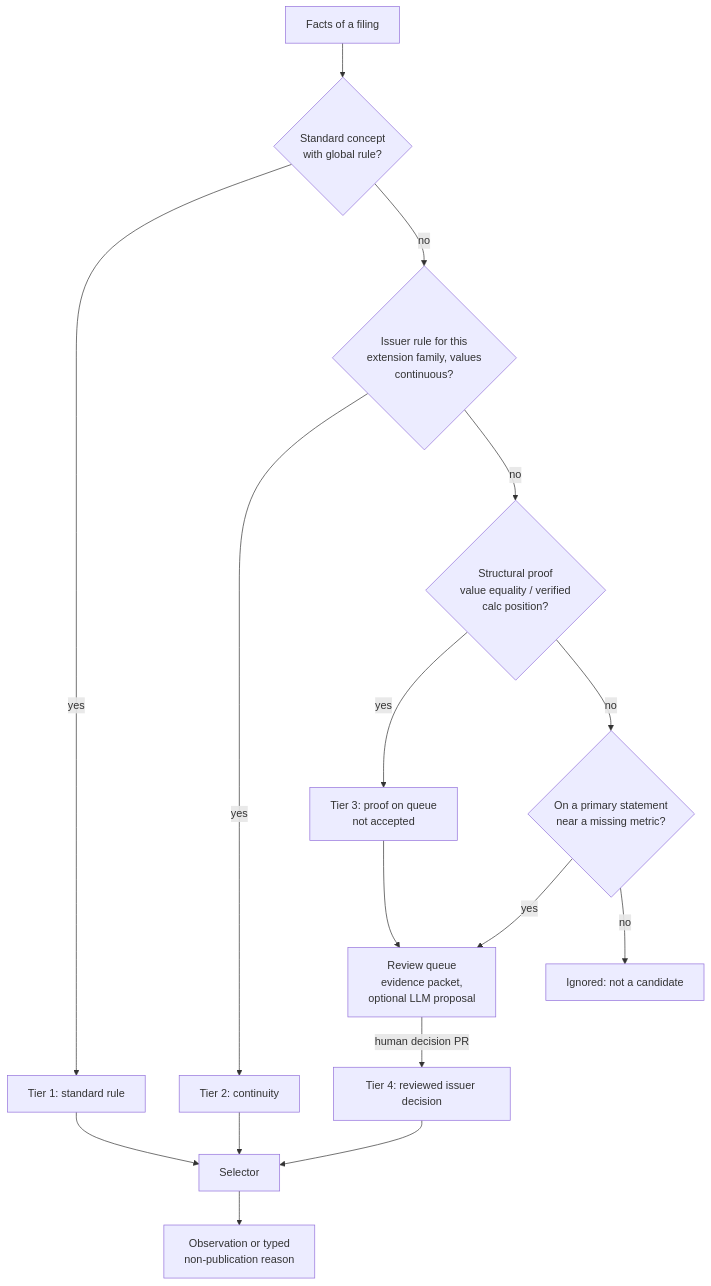
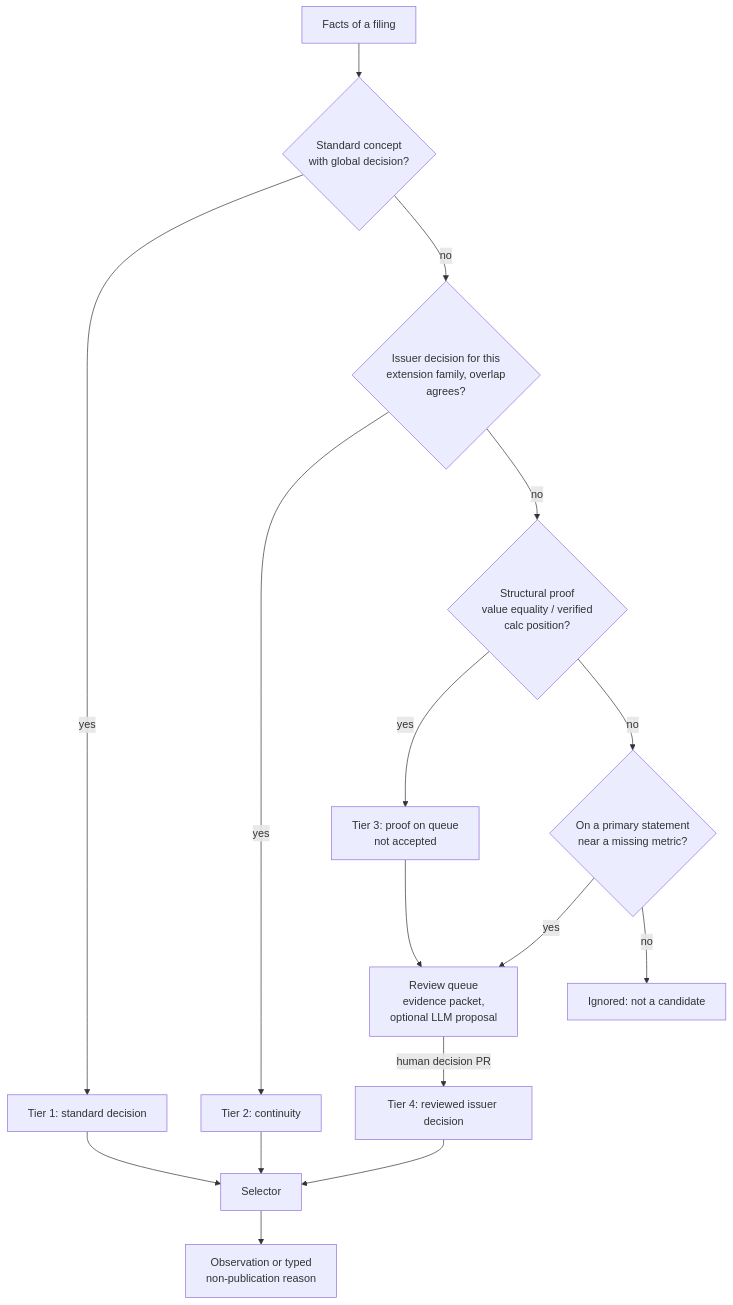
One commit to HagbardCel/edgar changed the diagram in docs/assessment-2026-09/05-mapping-strategy.md. Above: the diagram before and after it, drawn with Mermaid. The commit also changed other lines of this file and 11 other files, not shown here.

````diff
--- a/docs/assessment-2026-09/05-mapping-strategy.md
+++ b/docs/assessment-2026-09/05-mapping-strategy.md
@@ -127,18 +127,18 @@
 ```mermaid
 flowchart TB
-  F[Facts of a filing] --> T1{Standard concept<br/>with global rule?}
-  T1 -- yes --> A1[Tier 1: standard rule]
-  T1 -- no --> T2{Issuer rule for this<br/>extension family, values<br/>continuous?}
+  F[Facts of a filing] --> T1{Standard concept<br/>with global decision?}
+  T1 -- yes --> A1[Tier 1: standard decision]
+  T1 -- no --> T2{Issuer decision for this<br/>extension family, overlap<br/>agrees?}
   T2 -- yes --> A2[Tier 2: continuity]
   T2 -- no --> T3{Structural proof<br/>value equality / verified<br/>calc position?}
   T3 -- yes --> Q3[Tier 3: proof on queue<br/>not accepted]
   T3 -- no --> P{On a primary statement<br/>near a missing metric?}
   P -- yes --> Q[Review queue<br/>evidence packet,<br/>optional LLM proposal]
   P -- no --> N[Ignored: not a candidate]
   Q3 --> Q
   Q -- human decision PR --> A4[Tier 4: reviewed issuer decision]
   A1 --> S[Selector]
   A2 --> S
   A4 --> S
   S --> O[Observation or typed<br/>non-publication reason]
 ```
````
